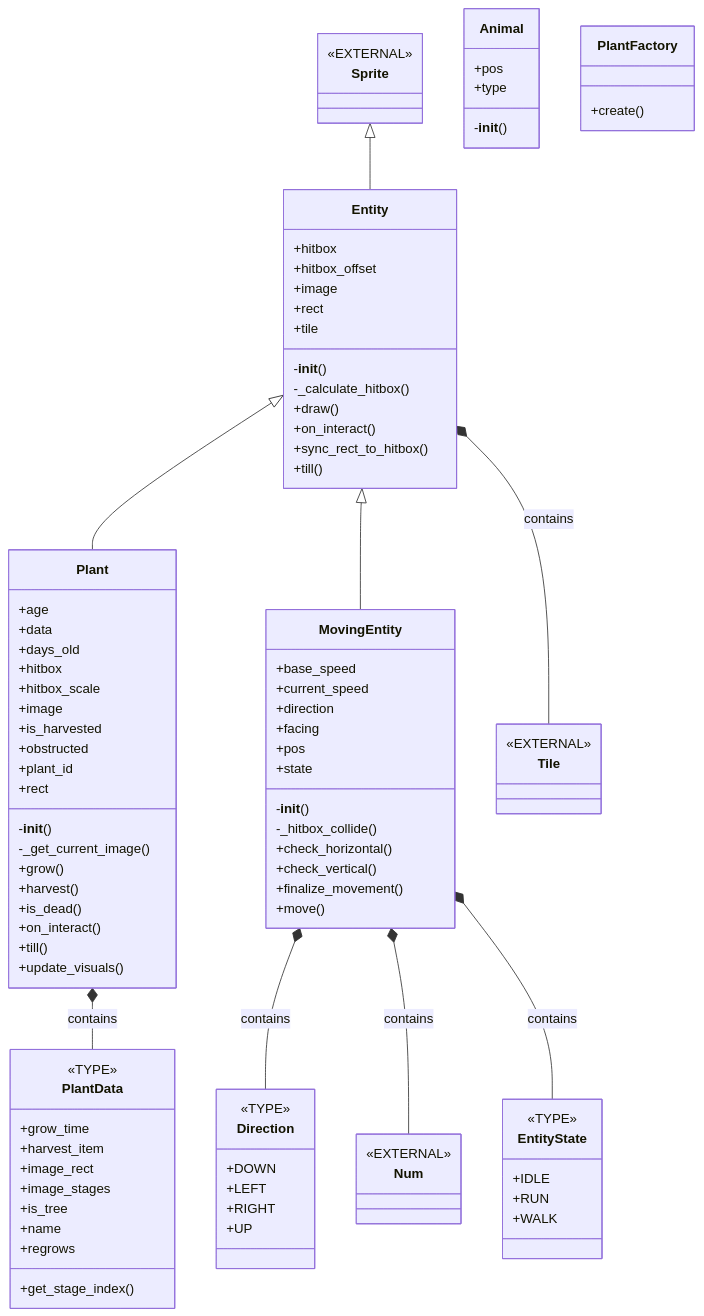
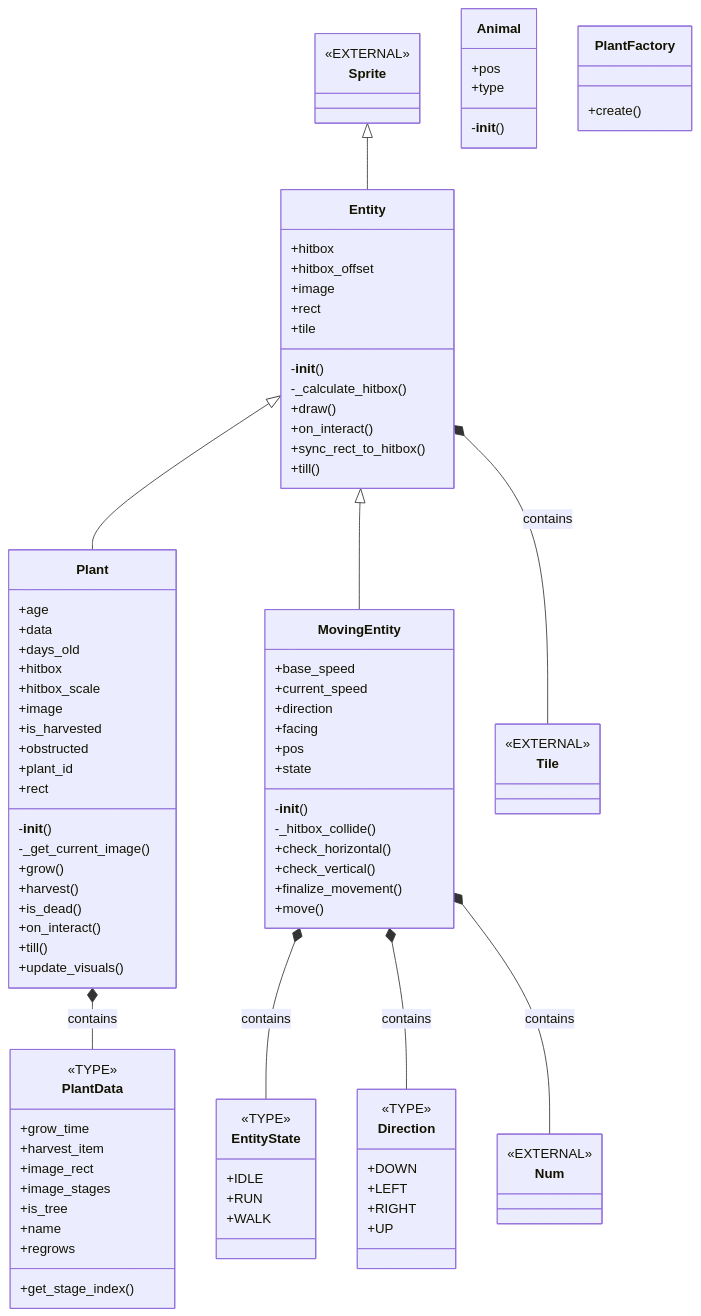
The diagram in uml/nature_base_uml.md (FlamboyantKiwi/Python-Plant-Sim), drawn with Mermaid before and after one commit. The commit also changed other lines of this file and 11 other files, not shown here.

First line of the commit message:
Make UML generation robust; update UML docs

```diff
--- a/uml/nature_base_uml.md
+++ b/uml/nature_base_uml.md
@@ -3,11 +3,11 @@
     Entity <|-- Plant
     Sprite <|-- Entity
     Entity <|-- MovingEntity
-    Entity *-- Tile : contains
+    MovingEntity *-- EntityState : contains
     MovingEntity *-- Direction : contains
     Plant *-- PlantData : contains
+    Entity *-- Tile : contains
     MovingEntity *-- Num : contains
-    MovingEntity *-- EntityState : contains
     class Direction {
         <<TYPE>>
         +DOWN
```
